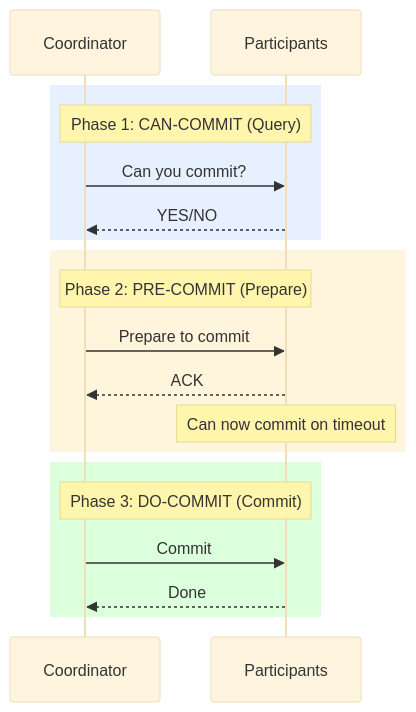
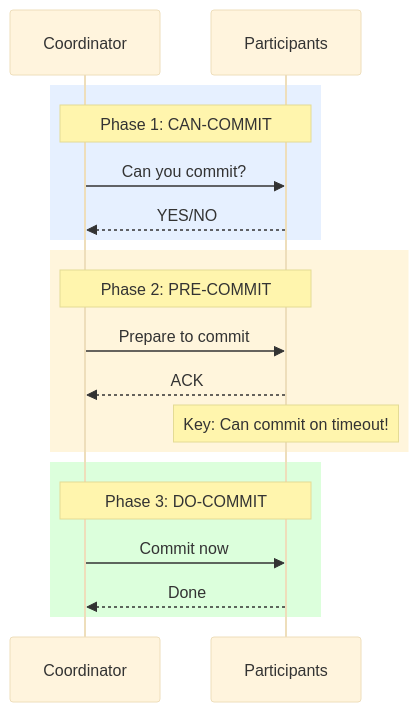
The third of 8 diagrams in SystemDesign/SystemDesign/Sessions/Distributed Transactions/Distributed Transactions.md (calmrocks/system-design-dive-deep), drawn with Mermaid (base theme) before and after one commit. The commit also changed other lines of this file, not shown here.

````diff
--- a/SystemDesign/SystemDesign/Sessions/Distributed Transactions/Distributed Transactions.md
+++ b/SystemDesign/SystemDesign/Sessions/Distributed Transactions/Distributed Transactions.md
@@ -179,24 +179,24 @@
-```mermaid
+~~~mermaid
 sequenceDiagram
-    participant C as Coordinator
+    participant CO as Coordinator
     participant P as Participants
     
     rect rgb(230, 240, 255)
-    Note over C,P: Phase 1: CAN-COMMIT (Query)
-    C->>P: Can you commit?
-    P-->>C: YES/NO
+    Note over CO,P: Phase 1: CAN-COMMIT
+    CO->>P: Can you commit?
+    P-->>CO: YES/NO
     end
     
     rect rgb(255, 245, 220)
-    Note over C,P: Phase 2: PRE-COMMIT (Prepare)
-    C->>P: Prepare to commit
-    P-->>C: ACK
-    Note over P: Can now commit on timeout
+    Note over CO,P: Phase 2: PRE-COMMIT
+    CO->>P: Prepare to commit
+    P-->>CO: ACK
+    Note over P: Key: Can commit on timeout!
     end
     
     rect rgb(220, 255, 220)
-    Note over C,P: Phase 3: DO-COMMIT (Commit)
-    C->>P: Commit
-    P-->>C: Done
+    Note over CO,P: Phase 3: DO-COMMIT
+    CO->>P: Commit now
+    P-->>CO: Done
     end
-```
+~~~
````
